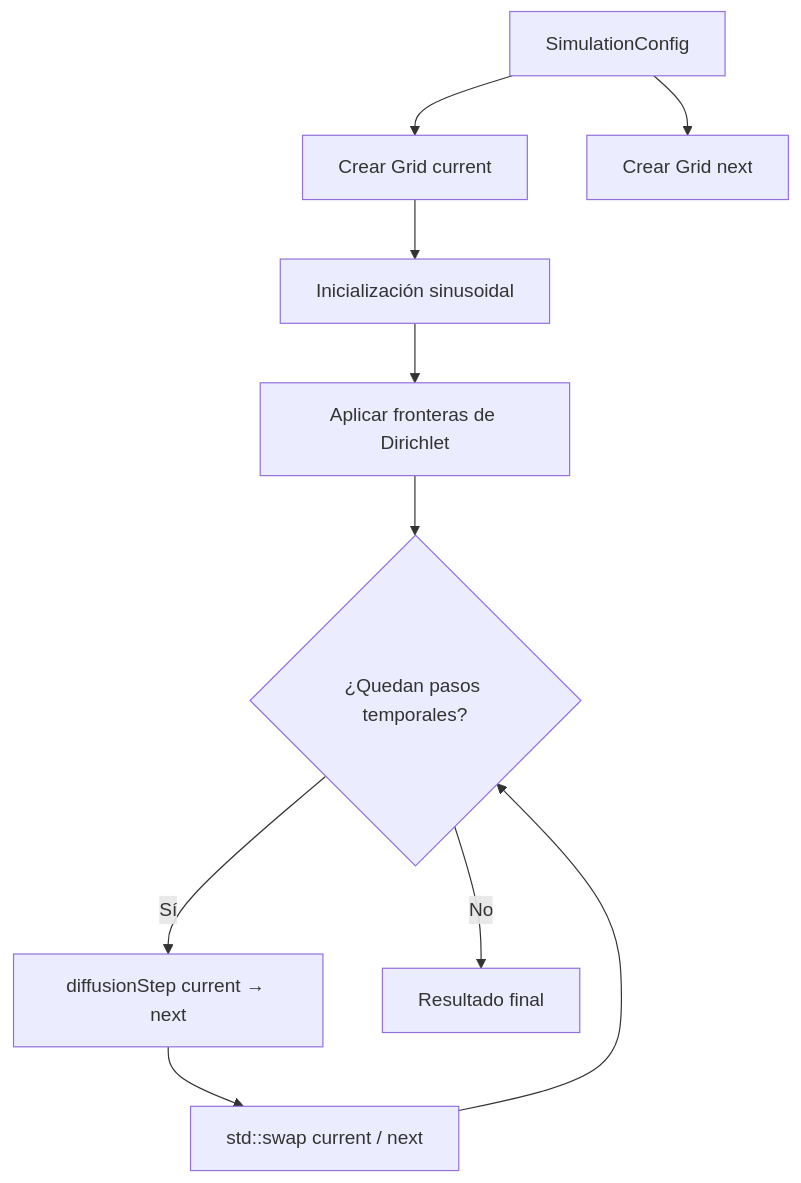
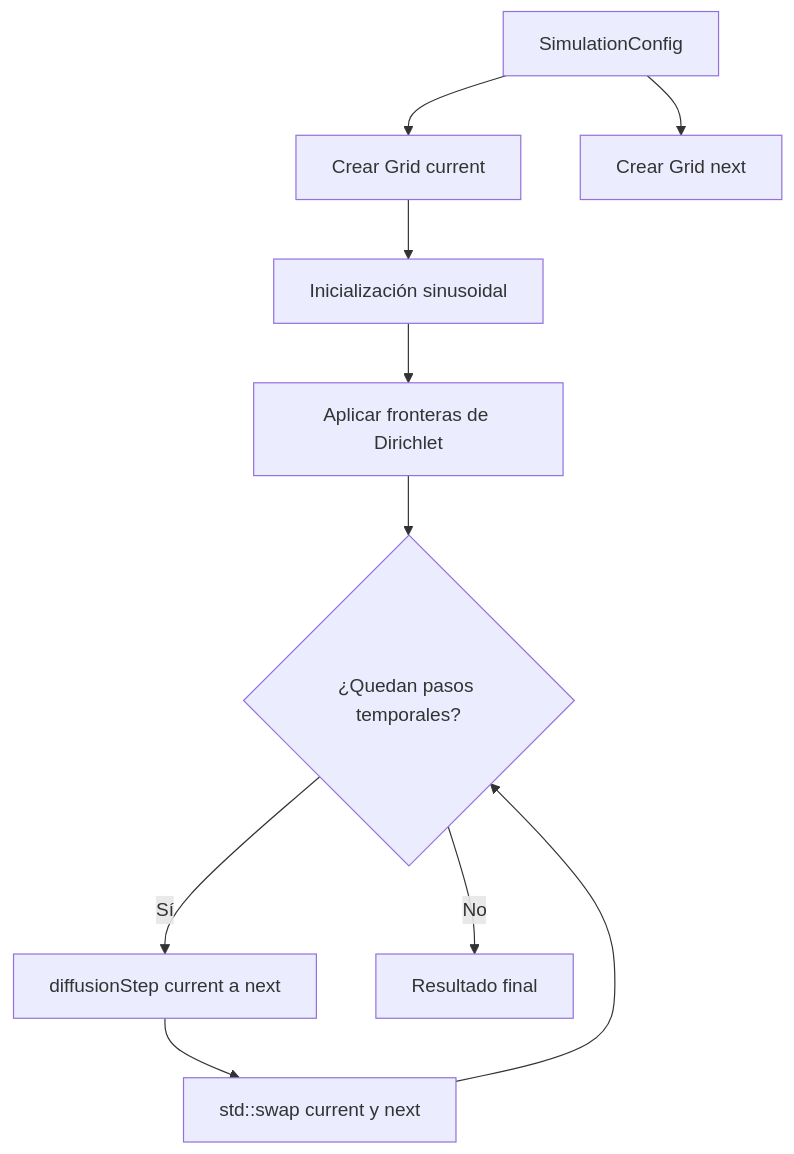
Before and after one commit to MauNav04/mnavarro_ymonge_echavarria_ffuchs_a2_2026_s2: the first of 3 diagrams in proyecto1/problems/heat2d/README.md, drawn with Mermaid. The commit also changed other lines of this file, not shown here.

````diff
--- a/proyecto1/problems/heat2d/README.md
+++ b/proyecto1/problems/heat2d/README.md
@@ -331,19 +319,12 @@
 ```mermaid
 flowchart TD
     A[SimulationConfig] --> B[Crear Grid current]
     A --> C[Crear Grid next]
-
     B --> D[Inicialización sinusoidal]
-
     D --> E[Aplicar fronteras de Dirichlet]
-
     E --> F{¿Quedan pasos temporales?}
-
-    F -->|Sí| G[diffusionStep current → next]
-
-    G --> H[std::swap current / next]
-
+    F -->|Sí| G[diffusionStep current a next]
+    G --> H[std::swap current y next]
     H --> F
-
     F -->|No| I[Resultado final]
 ```
````
